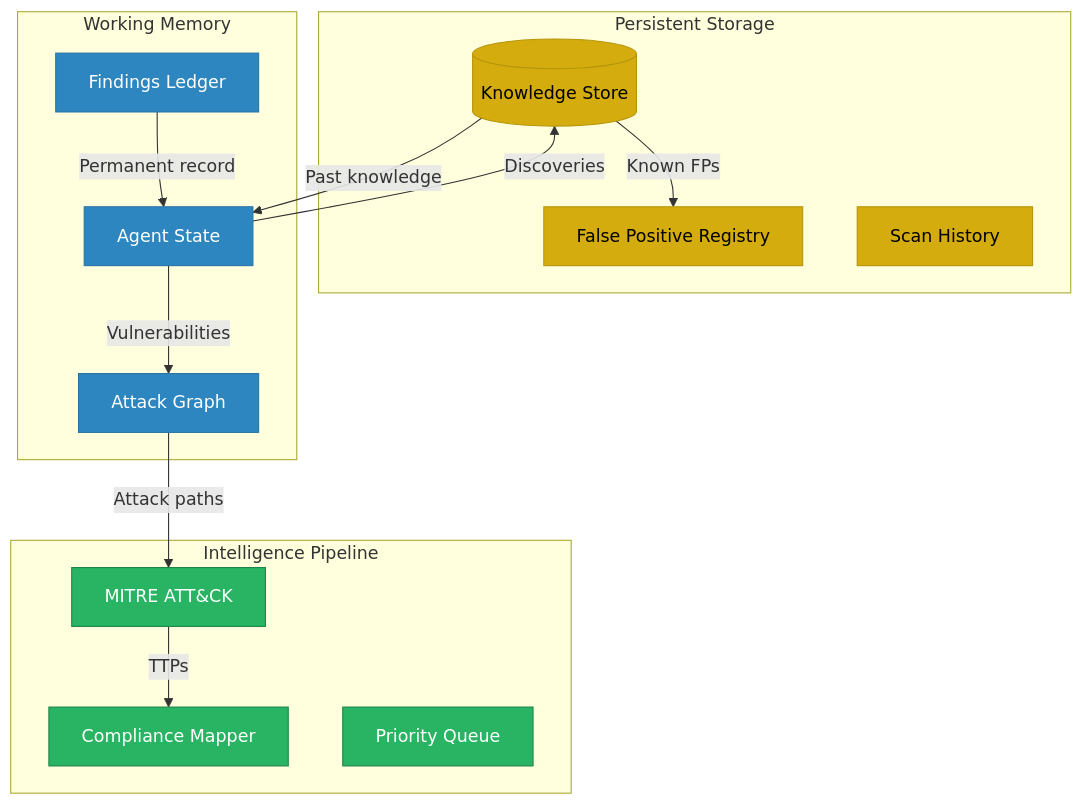
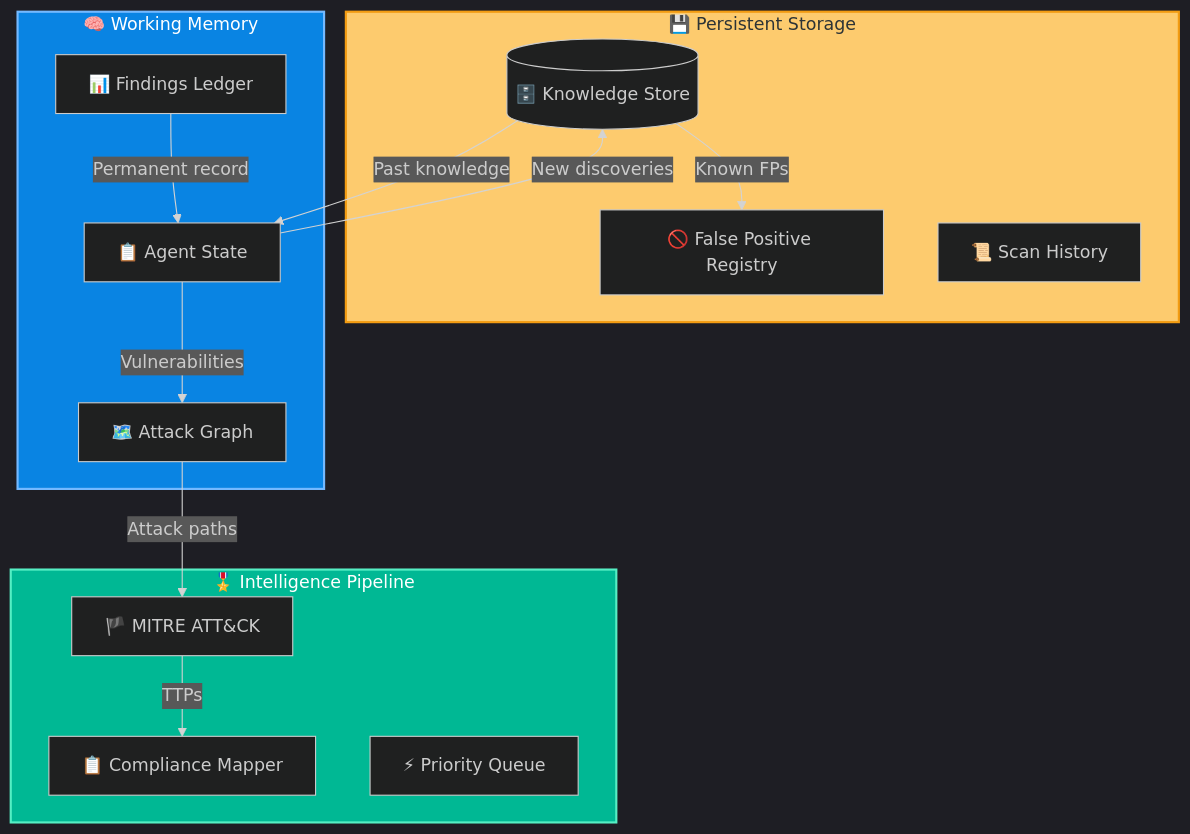
One commit to Usta0x001/Phantom changed the fifth of 7 diagrams in README.md. Above: the diagram before and after it, drawn with Mermaid. The commit also changed other lines of this file and 2 other files, not shown here.

Commit message:
redesign README with emojis, collapsible diagrams; comprehensive LaTeX report (39 pages, 15 chapters, TikZ diagrams)

````diff
--- a/README.md
+++ b/README.md
@@ -282,36 +329,33 @@
 ```mermaid
+%%{init: {'theme': 'dark', 'themeVariables': {'primaryColor': '#fdcb6e', 'primaryTextColor': '#2d3436'}}}%%
 graph TB
-    subgraph Persistent["Persistent Storage"]
-        KS[(Knowledge Store)]
-        FP[False Positive Registry]
-        History[Scan History]
+    subgraph Persistent["💾 Persistent Storage"]
+        KS[("🗄️ Knowledge Store")]
+        FP["🚫 False Positive Registry"]
+        History["📜 Scan History"]
     end
 
-    subgraph Working["Working Memory"]
-        State[Agent State]
-        Ledger[Findings Ledger]
-        Graph[Attack Graph]
+    subgraph Working["🧠 Working Memory"]
+        State["📋 Agent State"]
+        Ledger["📊 Findings Ledger"]
+        Graph["🗺️ Attack Graph"]
     end
 
-    subgraph Intelligence["Intelligence Pipeline"]
-        MITRE[MITRE ATT&CK]
-        Compliance[Compliance Mapper]
-        Priority[Priority Queue]
+    subgraph Intelligence["🎖️ Intelligence Pipeline"]
+        MITRE["🏴 MITRE ATT&CK"]
+        CompMap["📋 Compliance Mapper"]
+        Priority["⚡ Priority Queue"]
     end
 
-    State --> |Discoveries| KS
-    KS --> |Past knowledge| State
-    State --> |Vulnerabilities| Graph
-    Graph --> |Attack paths| MITRE
-    MITRE --> |TTPs| Compliance
-    KS --> |Known FPs| FP
-    Ledger --> |Permanent record| State
+    State --> |"New discoveries"| KS
+    KS --> |"Past knowledge"| State
+    State --> |"Vulnerabilities"| Graph
+    Graph --> |"Attack paths"| MITRE
+    MITRE --> |"TTPs"| CompMap
+    KS --> |"Known FPs"| FP
+    Ledger --> |"Permanent record"| State
 
-    classDef persist fill:#d4ac0d,stroke:#b7950b,color:#000
-    classDef working fill:#2e86c1,stroke:#2874a6,color:#fff
-    classDef intel fill:#28b463,stroke:#1e8449,color:#fff
-
-    class KS,FP,History persist
-    class State,Ledger,Graph working
-    class MITRE,Compliance,Priority intel
+    style Persistent fill:#fdcb6e,stroke:#f39c12,color:#2d3436,stroke-width:2px
+    style Working fill:#0984e3,stroke:#74b9ff,color:#fff,stroke-width:2px
+    style Intelligence fill:#00b894,stroke:#55efc4,color:#fff,stroke-width:2px
 ```
````
